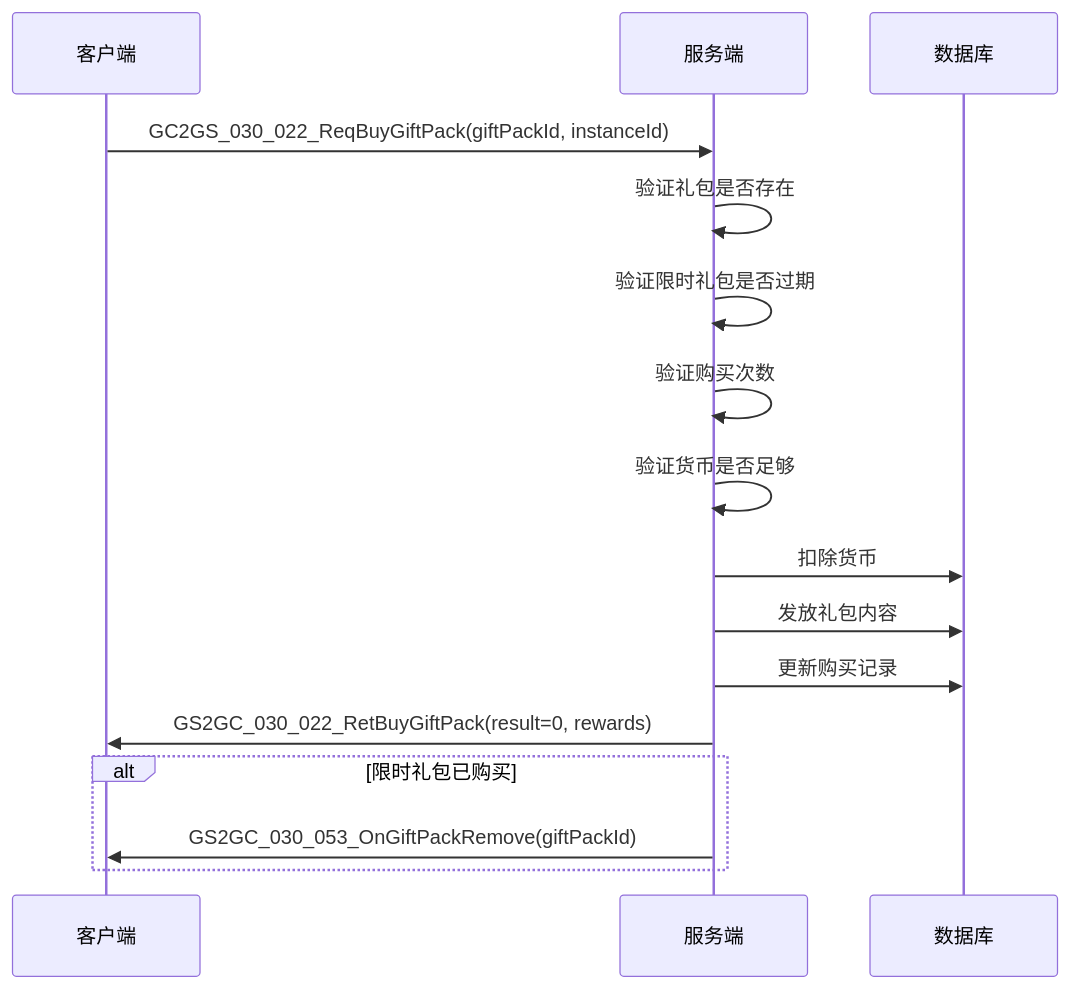
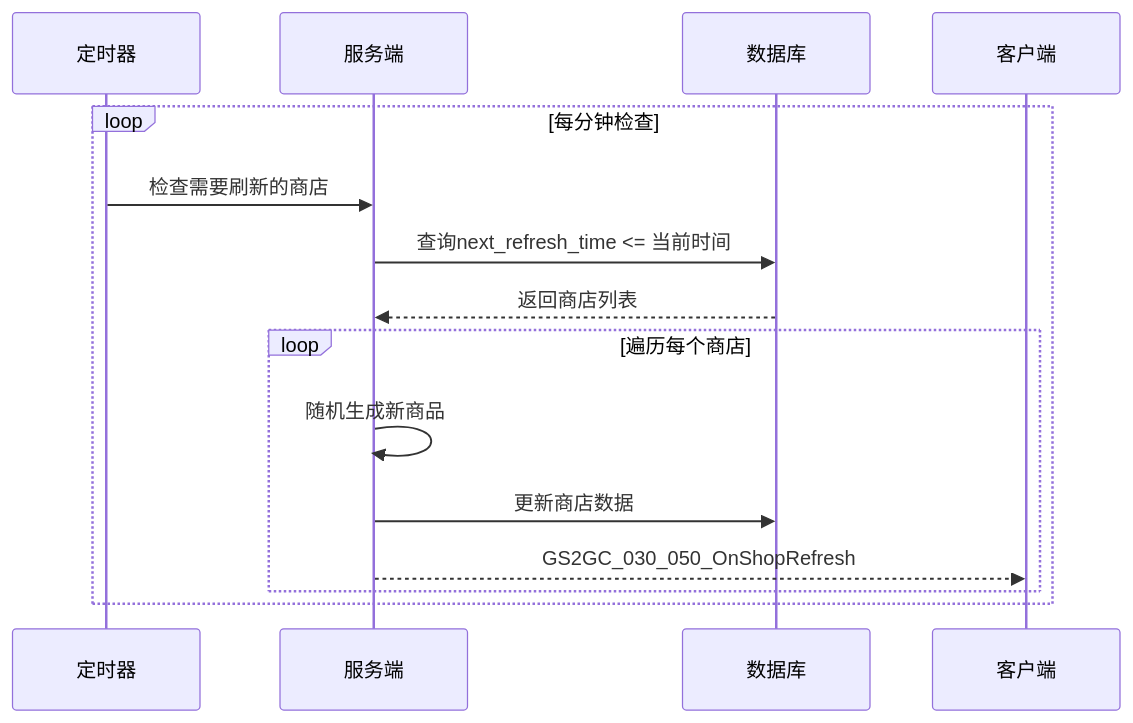
Before and after one commit to Alan-Ben/k2c_game_framework: the fifth of 11 diagrams in docs/Module_Shop/02_协议文档.md, drawn with Mermaid. The commit also changed other lines of this file and 32 other files, not shown here.

````diff
--- a/docs/Module_Shop/02_协议文档.md
+++ b/docs/Module_Shop/02_协议文档.md
@@ -516,19 +416,19 @@
 ```mermaid
 sequenceDiagram
-    participant C as 客户端
+    participant Timer as 定时器
     participant S as 服务端
     participant DB as 数据库
+    participant C as 客户端
 
-    C->>S: GC2GS_030_022_ReqBuyGiftPack(giftPackId, instanceId)
-    S->>S: 验证礼包是否存在
-    S->>S: 验证限时礼包是否过期
-    S->>S: 验证购买次数
-    S->>S: 验证货币是否足够
-    S->>DB: 扣除货币
-    S->>DB: 发放礼包内容
-    S->>DB: 更新购买记录
-    S->>C: GS2GC_030_022_RetBuyGiftPack(result=0, rewards)
-    alt 限时礼包已购买
-        S->>C: GS2GC_030_053_OnGiftPackRemove(giftPackId)
+    loop 每分钟检查
+        Timer->>S: 检查需要刷新的商店
+        S->>DB: 查询next_refresh_time <= 当前时间
+        DB-->>S: 返回商店列表
+
+        loop 遍历每个商店
+            S->>S: 随机生成新商品
+            S->>DB: 更新商店数据
+            S-->>C: GS2GC_030_050_OnShopRefresh
+        end
     end
 ```
````
